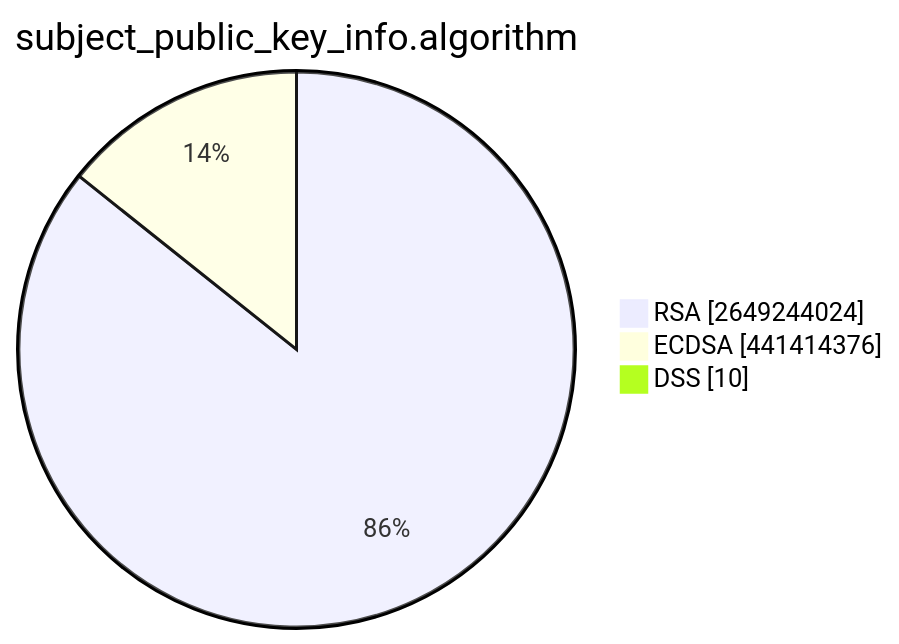
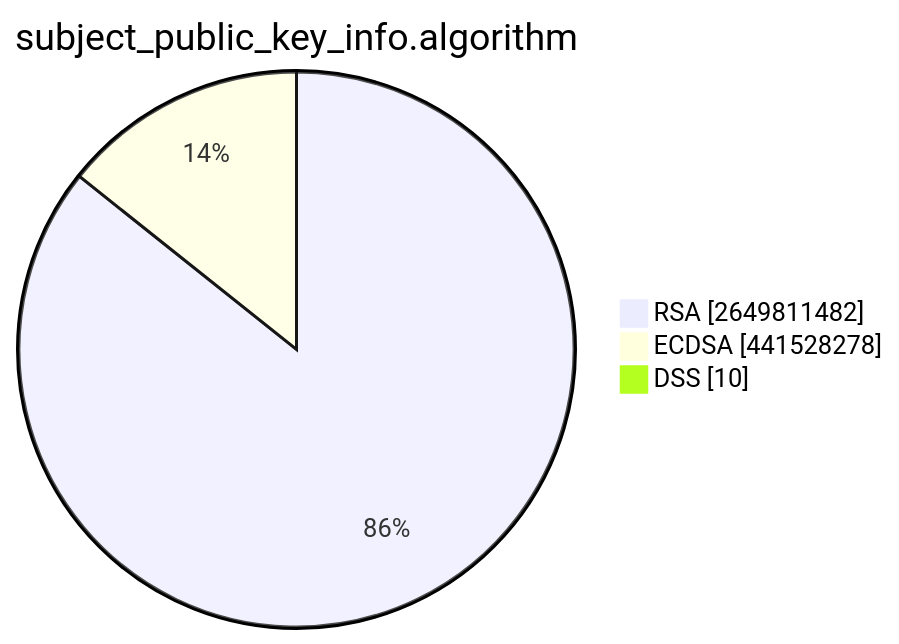
The second of 15 diagrams in TOTAL/README.md (christiankrug/ctmonitor_visualization), drawn with Mermaid before and after one commit. The commit also changed other lines of this file, not shown here.

````diff
--- a/TOTAL/README.md
+++ b/TOTAL/README.md
@@ -6,7 +6,7 @@
 ```mermaid
 pie showData
 title subject_public_key_info.algorithm
-"RSA" :2649244024
-"ECDSA" :441414376
+"RSA" :2649811482
+"ECDSA" :441528278
 "DSS" :10
 ```
````
